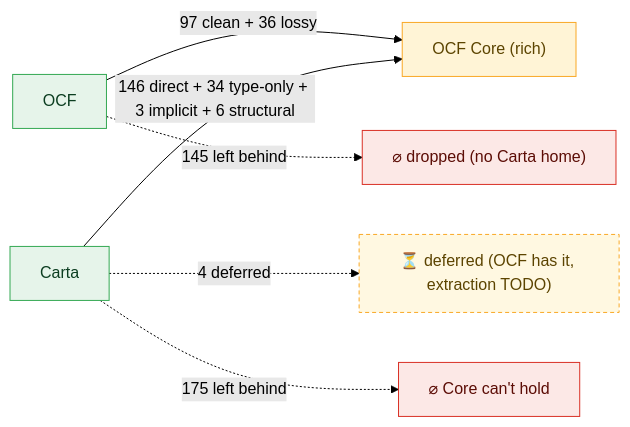
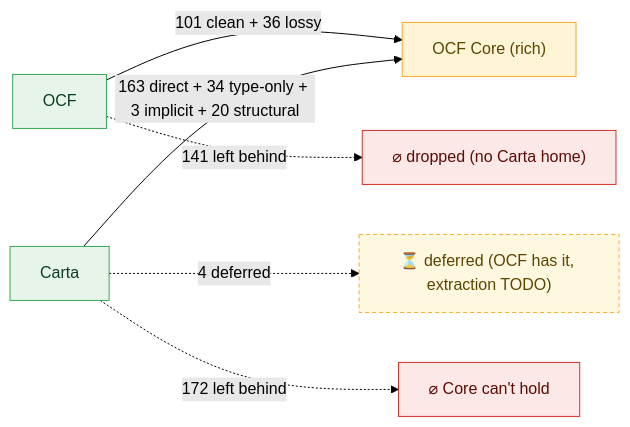
One commit to Open-Cap-Table-Coalition/OCF-Composed-Schemas changed the first of 47 diagrams in docs/core-bidirectional-flow.md. Above: the diagram before and after it, drawn with Mermaid (forest theme). The commit also changed other lines of this file and 24 other files, not shown here.

````diff
--- a/docs/core-bidirectional-flow.md
+++ b/docs/core-bidirectional-flow.md
@@ -11,13 +11,13 @@
 ```mermaid
 flowchart LR
   classDef core fill:#fff4d6,stroke:#f9a825,color:#5c4400;
   classDef in fill:#e6f4ea,stroke:#34a853,color:#0b3d20;
   classDef out fill:#fce8e6,stroke:#d93025,color:#5c0d06;
   classDef defer fill:#fff8e1,stroke:#f9a825,color:#5c4400,stroke-dasharray:4 3;
-  OCF["OCF"]:::in -->|"97 clean + 36 lossy"| CORE
-  OCF -.->|"145 left behind"| ocfvoid["⌀ dropped (no Carta home)"]:::out
+  OCF["OCF"]:::in -->|"101 clean + 36 lossy"| CORE
+  OCF -.->|"141 left behind"| ocfvoid["⌀ dropped (no Carta home)"]:::out
   CORE["OCF Core (rich)"]:::core
-  Carta["Carta"]:::in -->|"146 direct + 34 type-only + 3 implicit + 6 structural"| CORE
+  Carta["Carta"]:::in -->|"163 direct + 34 type-only + 3 implicit + 20 structural"| CORE
   Carta -.->|"4 deferred"| deferbox["⏳ deferred (OCF has it, extraction TODO)"]:::defer
-  Carta -.->|"175 left behind"| cartavoid["⌀ Core can't hold"]:::out
+  Carta -.->|"172 left behind"| cartavoid["⌀ Core can't hold"]:::out
 ```
````
